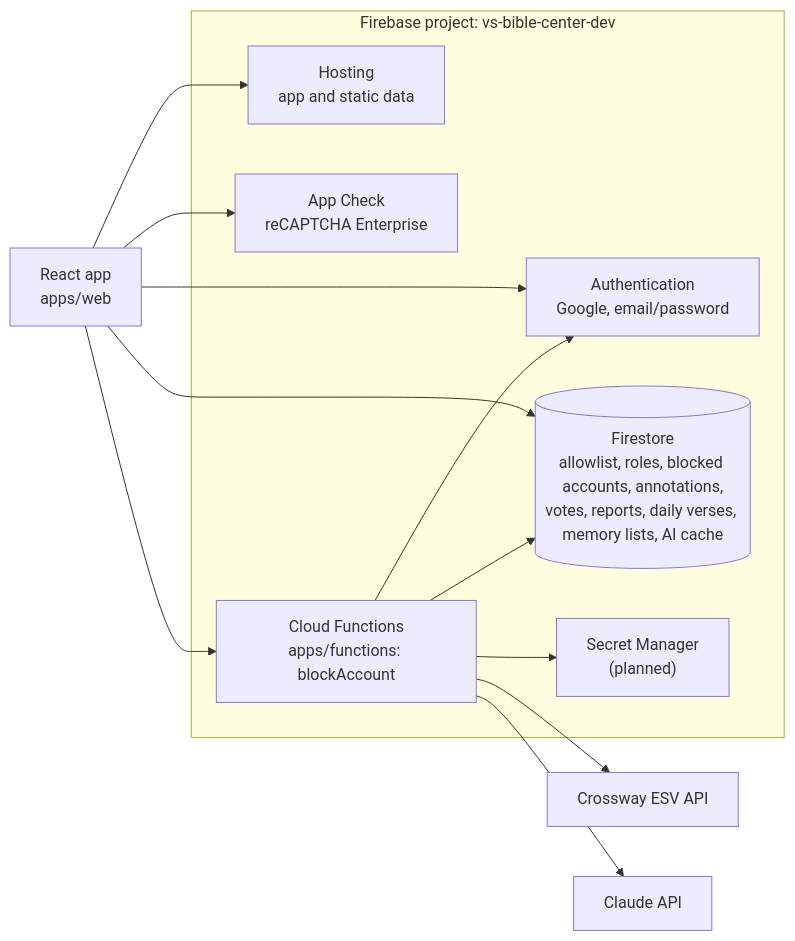
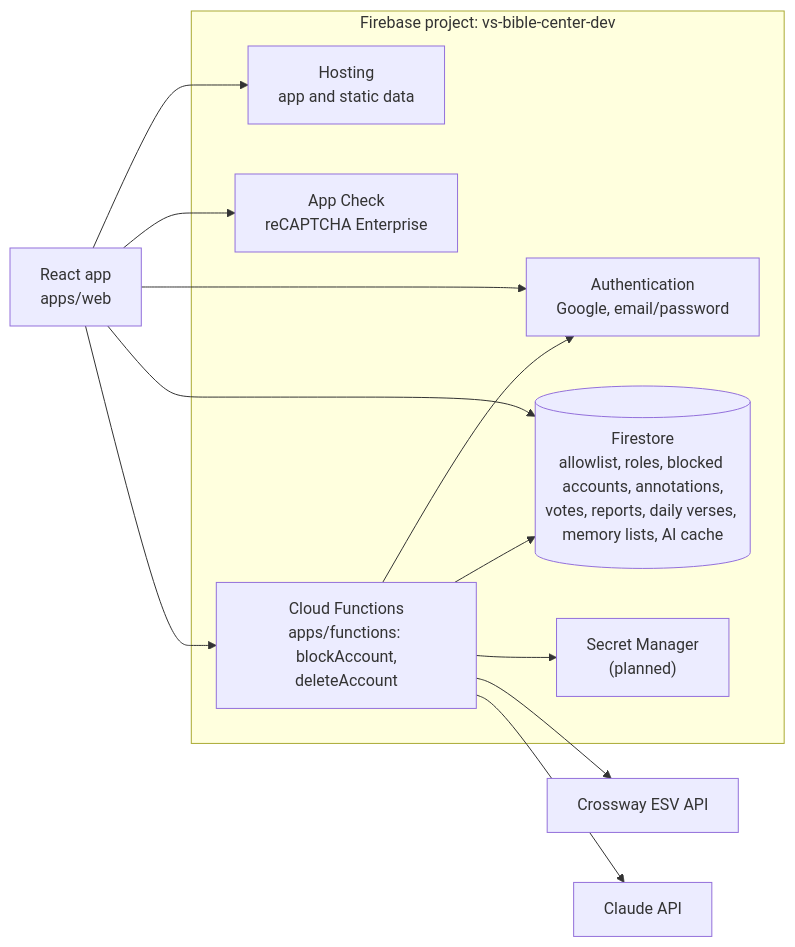
Before and after one commit to Valiance-Studios/bible-center: the first of 24 diagrams in ARCHITECTURE.md, drawn with Mermaid. The commit also changed other lines of this file and 27 other files, not shown here.

First line of the commit message:
Add the privacy policy and let people delete their account (#34)

````diff
--- a/ARCHITECTURE.md
+++ b/ARCHITECTURE.md
@@ -155,27 +158,27 @@
 ```mermaid
 flowchart LR
   browser["React app<br/>apps/web"]
 
   subgraph firebase["Firebase project: vs-bible-center-dev"]
     hosting["Hosting<br/>app and static data"]
     auth["Authentication<br/>Google, email/password"]
     firestore[("Firestore<br/>allowlist, roles, blocked accounts, annotations,<br/>votes, reports, daily verses, memory lists, AI cache")]
     appcheck["App Check<br/>reCAPTCHA Enterprise"]
-    functions["Cloud Functions<br/>apps/functions: blockAccount"]
+    functions["Cloud Functions<br/>apps/functions: blockAccount,<br/>deleteAccount"]
     secrets["Secret Manager<br/>(planned)"]
   end
 
   esv["Crossway ESV API"]
   claude["Claude API"]
 
   browser --> hosting
   browser --> auth
   browser --> firestore
   browser --> appcheck
   browser --> functions
   functions --> secrets
   functions --> firestore
   functions --> auth
   functions --> esv
   functions --> claude
 ```
````
